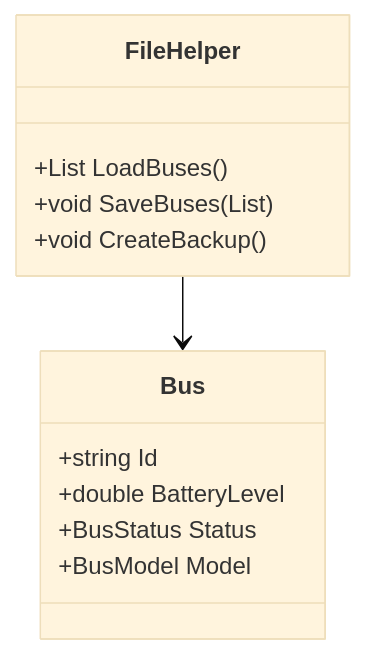
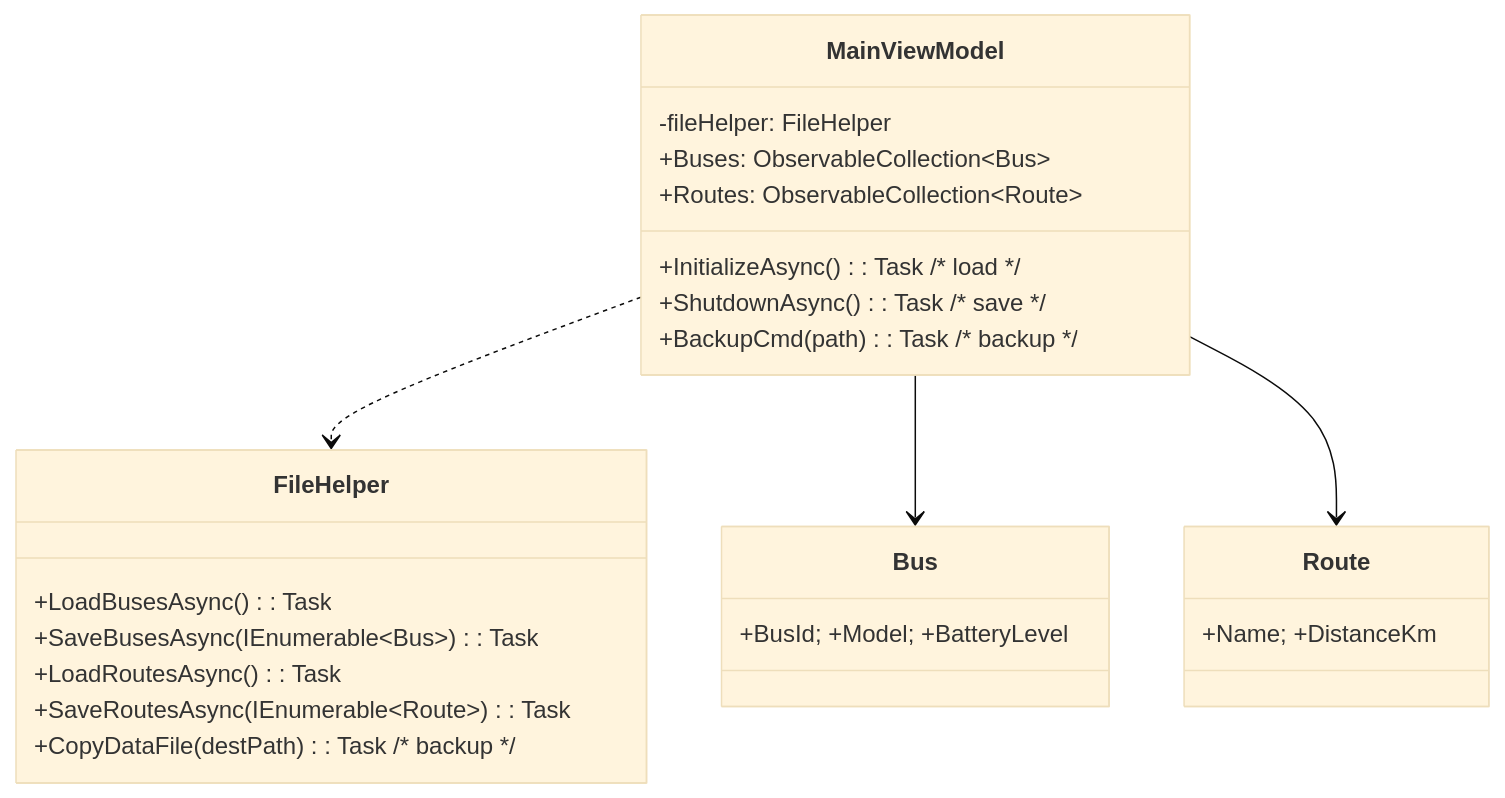
Before and after one commit to DMOof2025-Team-6/Getting-Real: the diagram in Dokumentation/Iteration 4/Use Case 11/DCD.mmd, drawn with Mermaid (base theme). The commit also changed 20 other files, not shown here.

```diff
--- a/Dokumentation/Iteration 4/Use Case 11/DCD.mmd
+++ b/Dokumentation/Iteration 4/Use Case 11/DCD.mmd
@@ -1,16 +1,27 @@
-%% DCD (Design Class Diagram) for Use Case 11
 classDiagram
-    class FileHelper {
-        +List<Bus> LoadBuses()
-        +void SaveBuses(List<Bus>)
-        +void CreateBackup()
-    }
- 
-    class Bus {
-        +string Id
-        +double BatteryLevel
-        +BusStatus Status
-        +BusModel Model
-    }
- 
-    FileHelper --> Bus
+%% ---------- DOMAIN ----------
+class Bus { +BusId; +Model; +BatteryLevel }
+class Route { +Name; +DistanceKm }
+
+%% ---------- PERSISTENCE ----------
+class FileHelper {
+    +LoadBusesAsync(): Task<List~Bus~>
+    +SaveBusesAsync(IEnumerable~Bus~): Task
+    +LoadRoutesAsync(): Task<List~Route~>
+    +SaveRoutesAsync(IEnumerable~Route~): Task
+    +CopyDataFile(destPath): Task         /* backup */
+}
+
+%% ---------- PRESENTATION ----------
+class MainViewModel {
+    -fileHelper: FileHelper
+    +Buses: ObservableCollection~Bus~
+    +Routes: ObservableCollection~Route~
+    +InitializeAsync(): Task              /* load */
+    +ShutdownAsync(): Task                /* save */
+    +BackupCmd(path): Task                /* backup */
+}
+
+MainViewModel ..> FileHelper
+MainViewModel --> Bus
+MainViewModel --> Route
```
